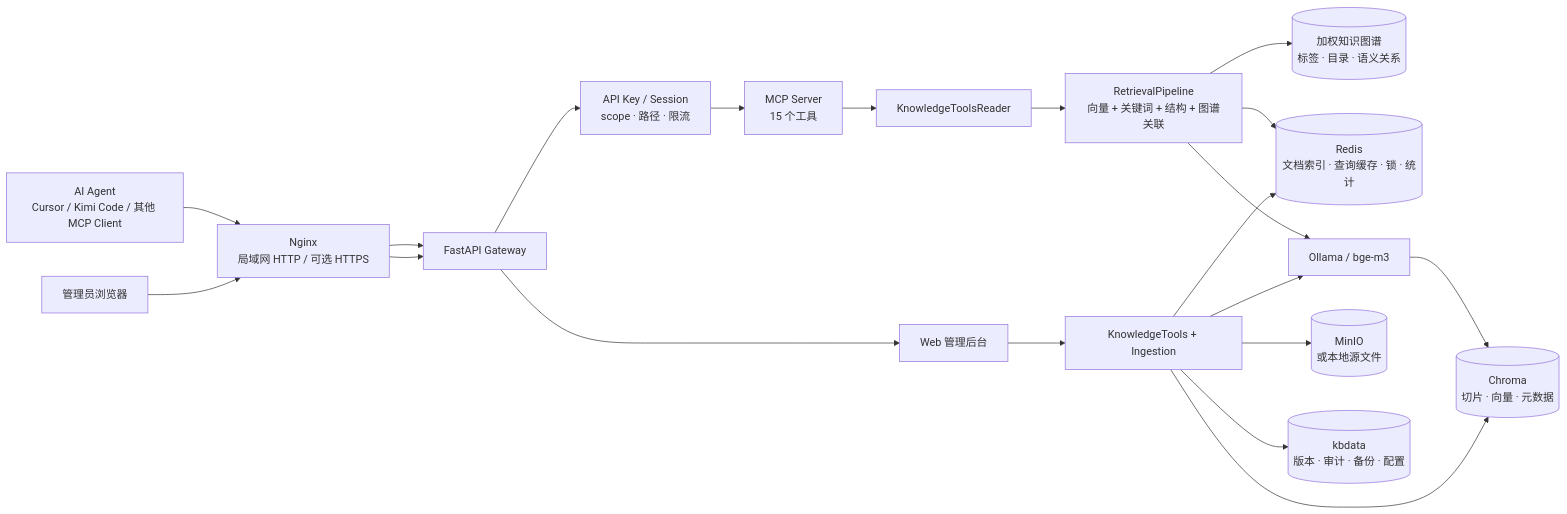
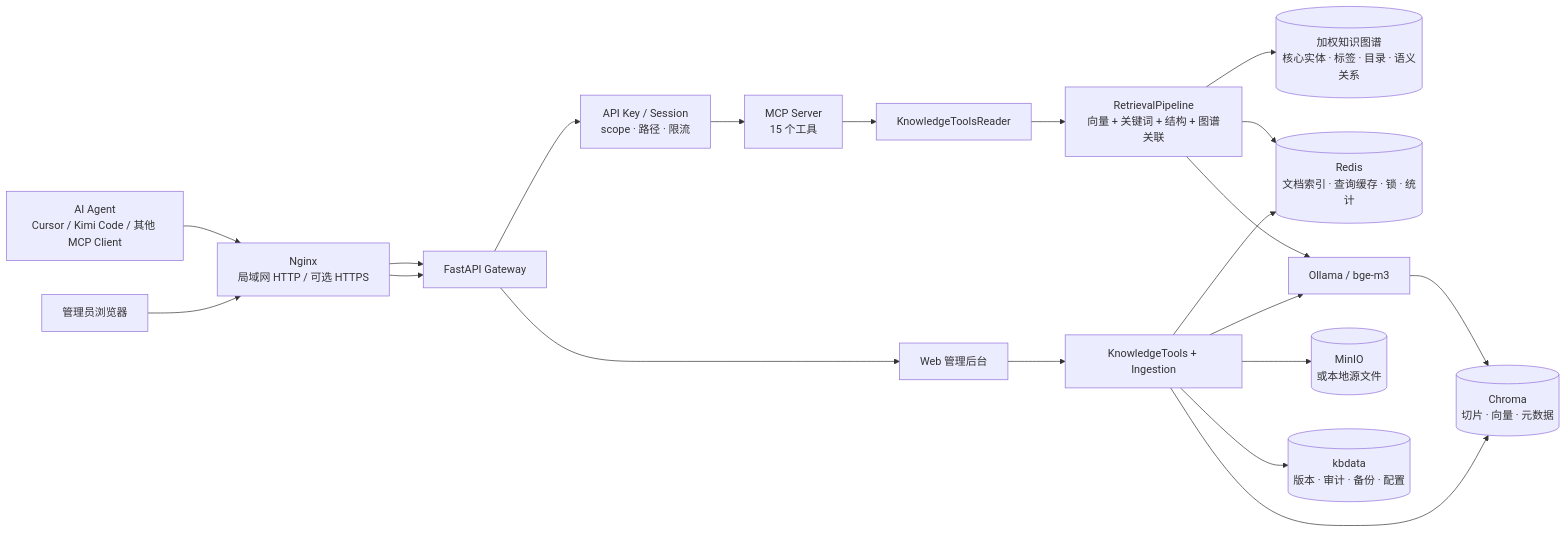
The first of 2 diagrams in README.md (KingDevatil/knowledge-base-management), drawn with Mermaid before and after one commit. The commit also changed other lines of this file and 22 other files, not shown here.

Commit message:
feat: 支持中英文文档头部实体图谱

````diff
--- a/README.md
+++ b/README.md
@@ -28,30 +28,30 @@
 ```mermaid
 flowchart LR
     Agent["AI Agent<br/>Cursor / Kimi Code / 其他 MCP Client"]
     Browser["管理员浏览器"]
     Nginx["Nginx<br/>局域网 HTTP / 可选 HTTPS"]
     FastAPI["FastAPI Gateway"]
     Auth["API Key / Session<br/>scope · 路径 · 限流"]
     MCP["MCP Server<br/>15 个工具"]
     Admin["Web 管理后台"]
     Reader["KnowledgeToolsReader"]
     Writer["KnowledgeTools + Ingestion"]
     Retrieval["RetrievalPipeline<br/>向量 + 关键词 + 结构 + 图谱关联"]
-    Graph[("加权知识图谱<br/>标签 · 目录 · 语义关系")]
+    Graph[("加权知识图谱<br/>核心实体 · 标签 · 目录 · 语义关系")]
     Redis[("Redis<br/>文档索引 · 查询缓存 · 锁 · 统计")]
     Chroma[("Chroma<br/>切片 · 向量 · 元数据")]
     Ollama["Ollama / bge-m3"]
     Source[("MinIO<br/>或本地源文件")]
     Files[("kbdata<br/>版本 · 审计 · 备份 · 配置")]
 
     Agent --> Nginx --> FastAPI --> Auth --> MCP --> Reader --> Retrieval
     Browser --> Nginx --> FastAPI --> Admin --> Writer
     Retrieval --> Redis
     Retrieval --> Ollama --> Chroma
     Retrieval --> Graph
     Writer --> Ollama
     Writer --> Chroma
     Writer --> Source
     Writer --> Redis
     Writer --> Files
 ```
````
